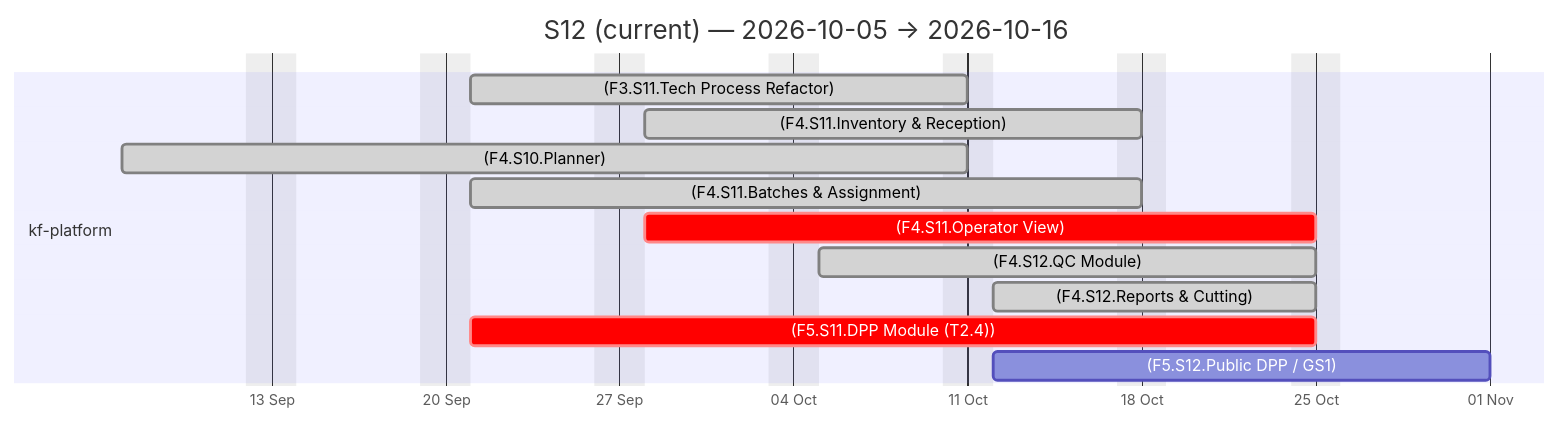
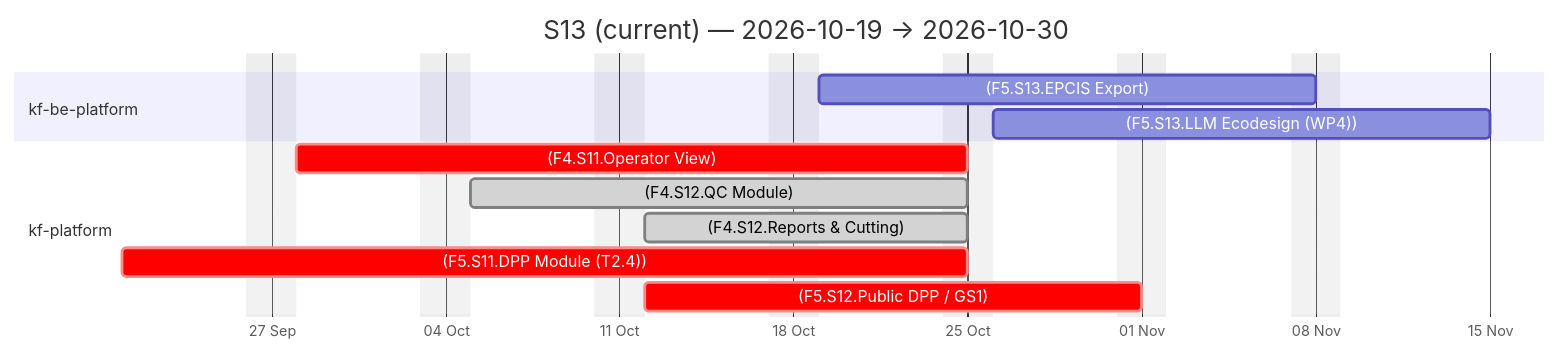
Before and after one commit to Katty-Fashion/kf-cpto: the third of 4 diagrams in docs/agile-sprints.md, drawn with Mermaid. The commit also changed other lines of this file and 16 other files, not shown here.

````diff
--- a/docs/agile-sprints.md
+++ b/docs/agile-sprints.md
@@ -74,18 +74,17 @@
 ```mermaid
 gantt
-    title S12 (current) — 2026-10-05 → 2026-10-16
+    title S13 (current) — 2026-10-19 → 2026-10-30
     dateFormat YYYY-MM-DD
     axisFormat %d %b
     excludes weekends
 
+    section kf-be-platform
+    (F5.S13.EPCIS Export) :2026-10-19, 2026-11-08
+    (F5.S13.LLM Ecodesign (WP4)) :2026-10-26, 2026-11-15
     section kf-platform
-    (F3.S11.Tech Process Refactor) :done, 2026-09-21, 2026-10-11
-    (F4.S11.Inventory & Reception) :done, 2026-09-28, 2026-10-18
-    (F4.S10.Planner) :done, 2026-09-07, 2026-10-11
-    (F4.S11.Batches & Assignment) :done, 2026-09-21, 2026-10-18
     (F4.S11.Operator View) :crit, 2026-09-28, 2026-10-25
     (F4.S12.QC Module) :done, 2026-10-05, 2026-10-25
     (F4.S12.Reports & Cutting) :done, 2026-10-12, 2026-10-25
     (F5.S11.DPP Module (T2.4)) :crit, 2026-09-21, 2026-10-25
-    (F5.S12.Public DPP / GS1) :2026-10-12, 2026-11-01
+    (F5.S12.Public DPP / GS1) :crit, 2026-10-12, 2026-11-01
 ```
````
